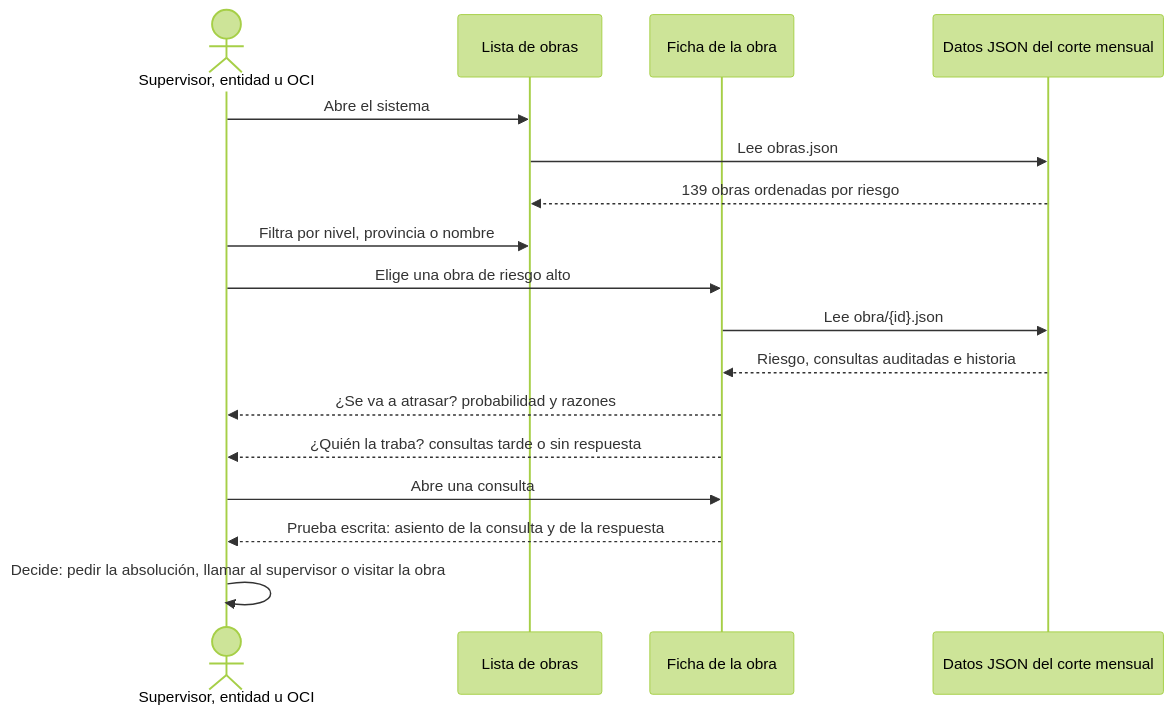
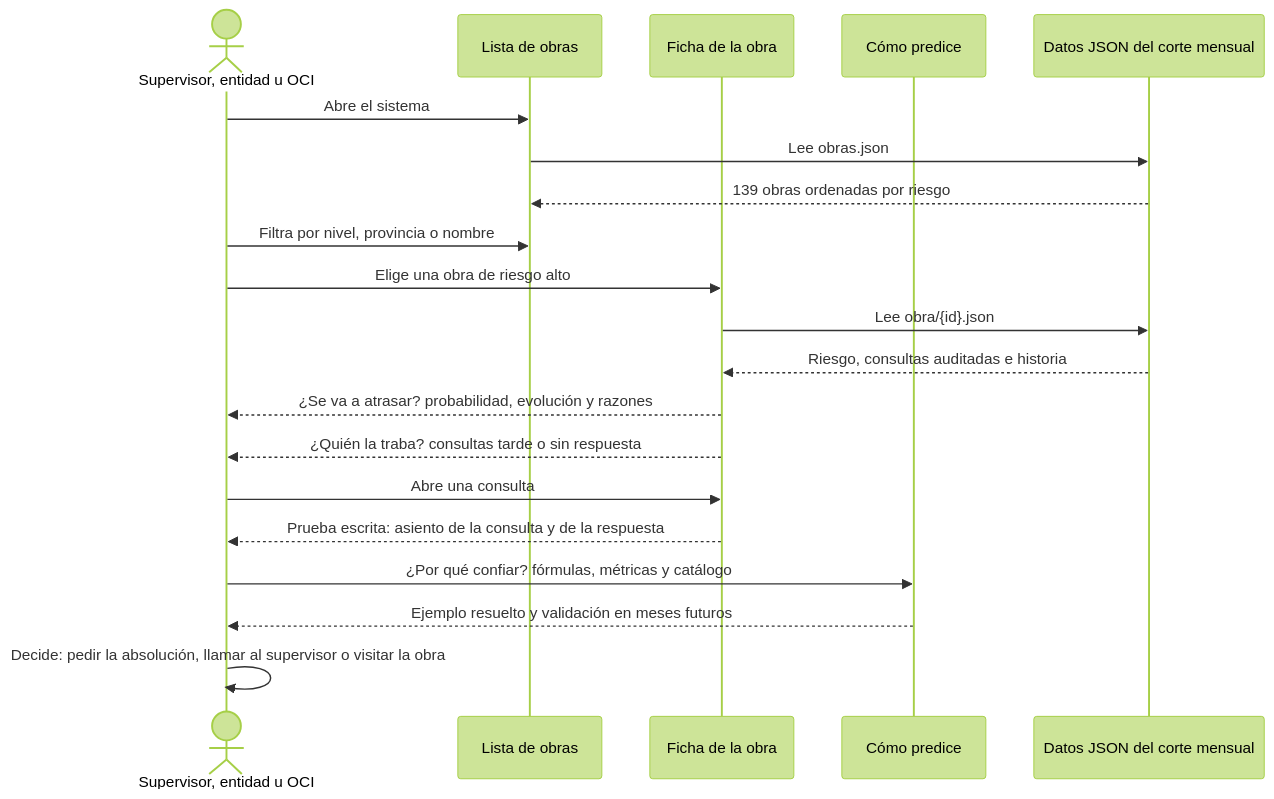
The diagram in diagramas/d09_flujo_usuario.mmd (OwerLopez/caja-negra-obras), drawn with Mermaid (forest theme) before and after one commit. The commit also changed 37 other files, not shown here.

```diff
--- a/diagramas/d09_flujo_usuario.mmd
+++ b/diagramas/d09_flujo_usuario.mmd
@@ -1,17 +1,20 @@
 sequenceDiagram
   actor U as Supervisor, entidad u OCI
   participant L as Lista de obras
   participant F as Ficha de la obra
+  participant M as Cómo predice
   participant D as Datos JSON del corte mensual
   U->>L: Abre el sistema
   L->>D: Lee obras.json
   D-->>L: 139 obras ordenadas por riesgo
   U->>L: Filtra por nivel, provincia o nombre
   U->>F: Elige una obra de riesgo alto
   F->>D: Lee obra/{id}.json
   D-->>F: Riesgo, consultas auditadas e historia
-  F-->>U: ¿Se va a atrasar? probabilidad y razones
+  F-->>U: ¿Se va a atrasar? probabilidad, evolución y razones
   F-->>U: ¿Quién la traba? consultas tarde o sin respuesta
   U->>F: Abre una consulta
   F-->>U: Prueba escrita: asiento de la consulta y de la respuesta
+  U->>M: ¿Por qué confiar? fórmulas, métricas y catálogo
+  M-->>U: Ejemplo resuelto y validación en meses futuros
   U->>U: Decide: pedir la absolución, llamar al supervisor o visitar la obra
```
